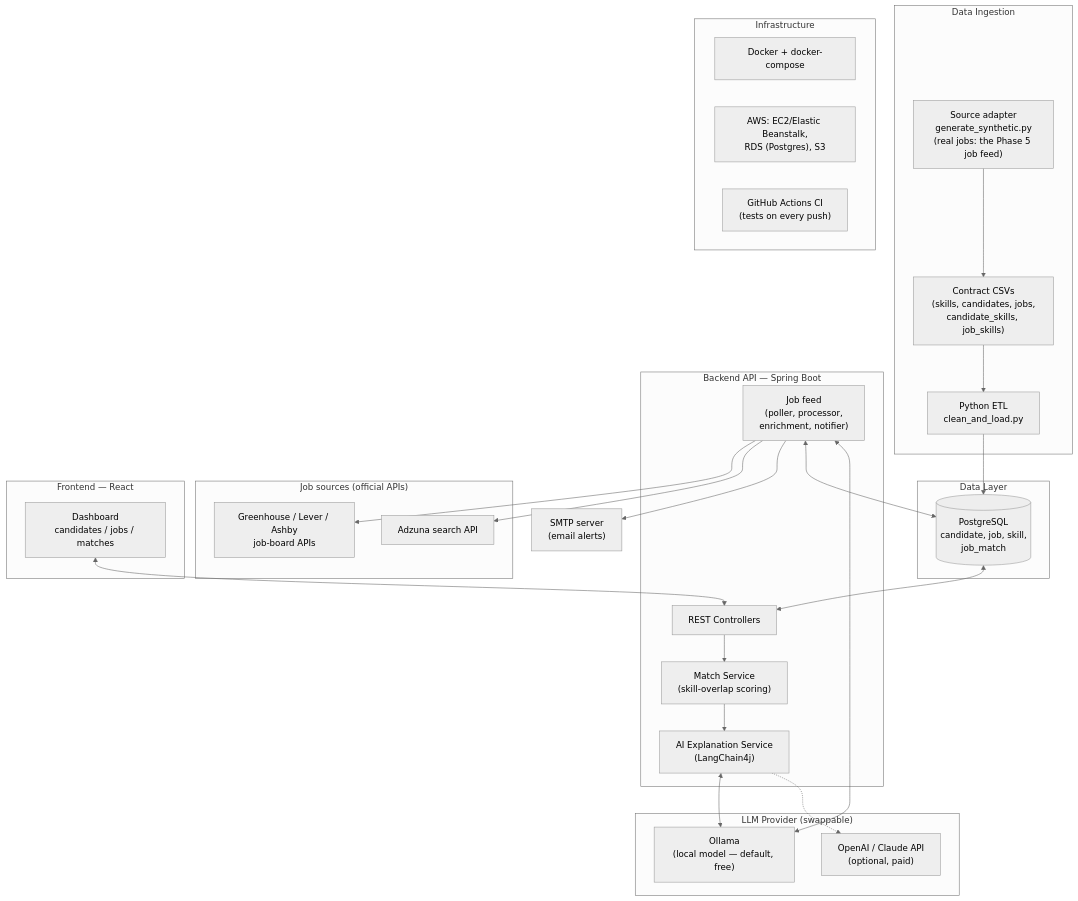
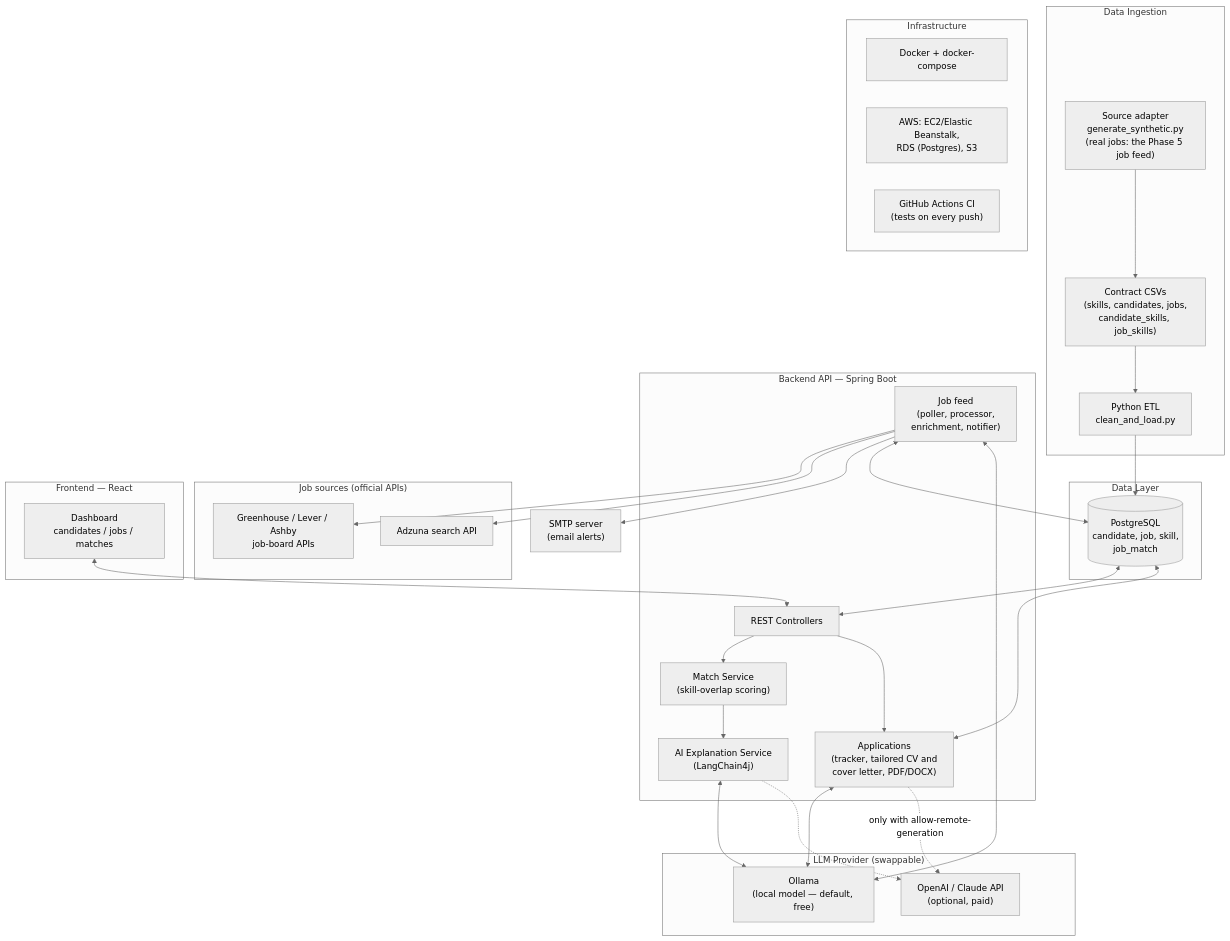
The diagram in ARCHITECTURE.md (SeanXIV/talentmatch-ai), drawn with Mermaid (neutral theme) before and after one commit. The commit also changed other lines of this file and 5 other files, not shown here.

Commit message:
Phase 7 step 7: docs, roadmap and quick start

````diff
--- a/ARCHITECTURE.md
+++ b/ARCHITECTURE.md
@@ -12,56 +12,61 @@
 ```mermaid
 flowchart TB
     subgraph Ingestion["Data Ingestion"]
         GEN["Source adapter\ngenerate_synthetic.py\n(real jobs: the Phase 5 job feed)"]
         RAW["Contract CSVs\n(skills, candidates, jobs,\ncandidate_skills, job_skills)"]
         ETL["Python ETL\nclean_and_load.py"]
         GEN --> RAW
         RAW --> ETL
     end
 
     subgraph Data["Data Layer"]
         DB[("PostgreSQL\ncandidate, job, skill,\njob_match")]
     end
 
     subgraph Backend["Backend API — Spring Boot"]
         API["REST Controllers"]
         SVC["Match Service\n(skill-overlap scoring)"]
         AI["AI Explanation Service\n(LangChain4j)"]
         FEED["Job feed\n(poller, processor,\nenrichment, notifier)"]
+        APPS["Applications\n(tracker, tailored CV and\ncover letter, PDF/DOCX)"]
         API --> SVC
         SVC --> AI
+        API --> APPS
     end
 
     subgraph External["LLM Provider (swappable)"]
         OLLAMA["Ollama\n(local model — default, free)"]
         HOSTED["OpenAI / Claude API\n(optional, paid)"]
     end
 
     subgraph Boards["Job sources (official APIs)"]
         ATS["Greenhouse / Lever / Ashby\njob-board APIs"]
         ADZ["Adzuna search API"]
     end
 
     SMTP["SMTP server\n(email alerts)"]
 
     subgraph Frontend["Frontend — React"]
         UI["Dashboard\ncandidates / jobs / matches"]
     end
 
     ETL --> DB
     DB <--> API
     AI <--> OLLAMA
     AI -.-> HOSTED
     UI <--> API
     FEED --> ATS
     FEED --> ADZ
     FEED --> SMTP
     FEED <--> DB
     FEED <--> OLLAMA
+    APPS <--> DB
+    APPS <--> OLLAMA
+    APPS -. "only with allow-remote-generation" .-> HOSTED
 
     subgraph Infra["Infrastructure"]
         DOCKER["Docker + docker-compose"]
         AWS["AWS: EC2/Elastic Beanstalk,\nRDS (Postgres), S3"]
         CI["GitHub Actions CI\n(tests on every push)"]
     end
 ```
````
